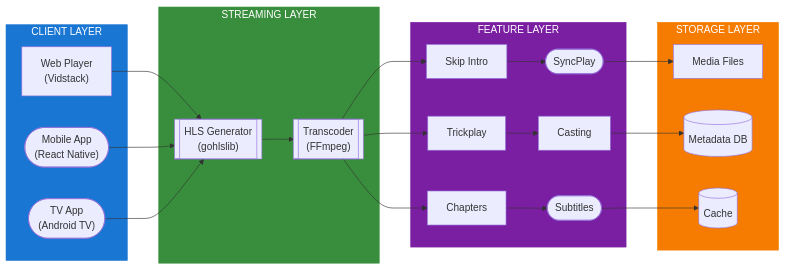
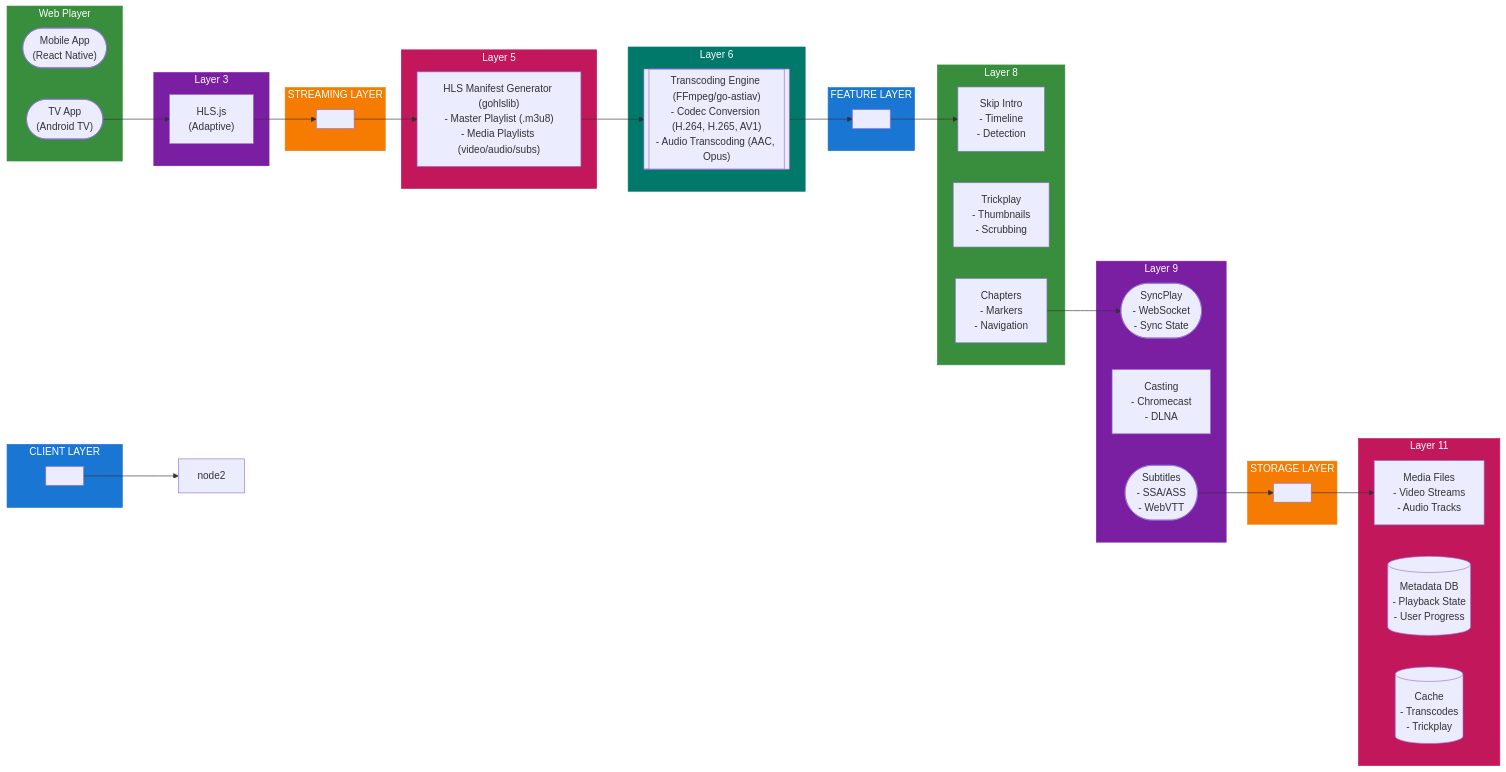
Before and after one commit to lusoris/revenge: the diagram in docs/dev/design/architecture/04_PLAYER_ARCHITECTURE.md, drawn with Mermaid. The commit also changed 215 other files, not shown here.

First line of the commit message:
feat(diagrams): convert all ASCII diagrams to Mermaid with LR subgraphs

````diff
--- a/docs/dev/design/architecture/04_PLAYER_ARCHITECTURE.md
+++ b/docs/dev/design/architecture/04_PLAYER_ARCHITECTURE.md
@@ -61,47 +61,78 @@
 ```mermaid
 flowchart LR
-    subgraph Clients["CLIENT LAYER"]
-        Web["Web Player<br/>(Vidstack)"]
-        Mobile(["Mobile App<br/>(React Native)"])
-        TV(["TV App<br/>(Android TV)"])
+    subgraph CLIENT["CLIENT LAYER"]
+        node1[" "]
     end
 
-    subgraph Streaming["STREAMING LAYER"]
-        HLS[["HLS Generator<br/>(gohlslib)"]]
-        Trans[["Transcoder<br/>(FFmpeg)"]]
+    subgraph Web["Web Player"]
+        node3(["Mobile App<br/>(React Native)"])
+        node4(["TV App<br/>(Android TV)"])
     end
 
-    subgraph Features["FEATURE LAYER"]
-        Skip["Skip Intro"]
-        Trick["Trickplay"]
-        Chap["Chapters"]
-        Sync(["SyncPlay"])
-        Cast["Casting"]
-        Subs(["Subtitles"])
+    subgraph Layer3["Layer 3"]
+        node5["HLS.js<br/>(Adaptive)"]
     end
 
-    subgraph Storage["STORAGE LAYER"]
-        Media["Media Files"]
-        MetaDB[("Metadata DB")]
-        Cache[("Cache")]
+    subgraph STREAMING["STREAMING LAYER"]
+        node6[" "]
     end
 
-    Web --> HLS
-    Mobile --> HLS
-    TV --> HLS
-    HLS --> Trans
-    Trans --> Skip
-    Trans --> Trick
-    Trans --> Chap
-    Skip --> Sync
-    Trick --> Cast
-    Chap --> Subs
-    Sync --> Media
-    Cast --> MetaDB
-    Subs --> Cache
+    subgraph Layer5["Layer 5"]
+        node7["HLS Manifest Generator (gohlslib)<br/>- Master Playlist (.m3u8)<br/>- Media Playlists (video/audio/subs)"]
+    end
 
-    style Clients fill:#1976D2,stroke:#1976D2,color:#fff
-    style Streaming fill:#388E3C,stroke:#388E3C,color:#fff
-    style Features fill:#7B1FA2,stroke:#7B1FA2,color:#fff
-    style Storage fill:#F57C00,stroke:#F57C00,color:#fff
+    subgraph Layer6["Layer 6"]
+        node8[["Transcoding Engine (FFmpeg/go-astiav)<br/>- Codec Conversion (H.264, H.265, AV1)<br/>- Audio Transcoding (AAC, Opus)"]]
+    end
+
+    subgraph FEATURE["FEATURE LAYER"]
+        node9[" "]
+    end
+
+    subgraph Layer8["Layer 8"]
+        node10["Skip Intro<br/>- Timeline<br/>- Detection"]
+        node11["Trickplay<br/>- Thumbnails<br/>- Scrubbing"]
+        node12["Chapters<br/>- Markers<br/>- Navigation"]
+    end
+
+    subgraph Layer9["Layer 9"]
+        node13(["SyncPlay<br/>- WebSocket<br/>- Sync State"])
+        node14["Casting<br/>- Chromecast<br/>- DLNA"]
+        node15(["Subtitles<br/>- SSA/ASS<br/>- WebVTT"])
+    end
+
+    subgraph STORAGE["STORAGE LAYER"]
+        node16[" "]
+    end
+
+    subgraph Layer11["Layer 11"]
+        node17["Media Files<br/>- Video Streams<br/>- Audio Tracks"]
+        node18[("Metadata DB<br/>- Playback State<br/>- User Progress")]
+        node19[("Cache<br/>- Transcodes<br/>- Trickplay")]
+    end
+
+    %% Connections
+    node1 --> node2
+    node4 --> node5
+    node5 --> node6
+    node6 --> node7
+    node7 --> node8
+    node8 --> node9
+    node9 --> node10
+    node12 --> node13
+    node15 --> node16
+    node16 --> node17
+
+    %% Styling
+    style CLIENT fill:#1976D2,stroke:#1976D2,color:#fff
+    style Web fill:#388E3C,stroke:#388E3C,color:#fff
+    style Layer3 fill:#7B1FA2,stroke:#7B1FA2,color:#fff
+    style STREAMING fill:#F57C00,stroke:#F57C00,color:#fff
+    style Layer5 fill:#C2185B,stroke:#C2185B,color:#fff
+    style Layer6 fill:#00796B,stroke:#00796B,color:#fff
+    style FEATURE fill:#1976D2,stroke:#1976D2,color:#fff
+    style Layer8 fill:#388E3C,stroke:#388E3C,color:#fff
+    style Layer9 fill:#7B1FA2,stroke:#7B1FA2,color:#fff
+    style STORAGE fill:#F57C00,stroke:#F57C00,color:#fff
+    style Layer11 fill:#C2185B,stroke:#C2185B,color:#fff
 ```
````
